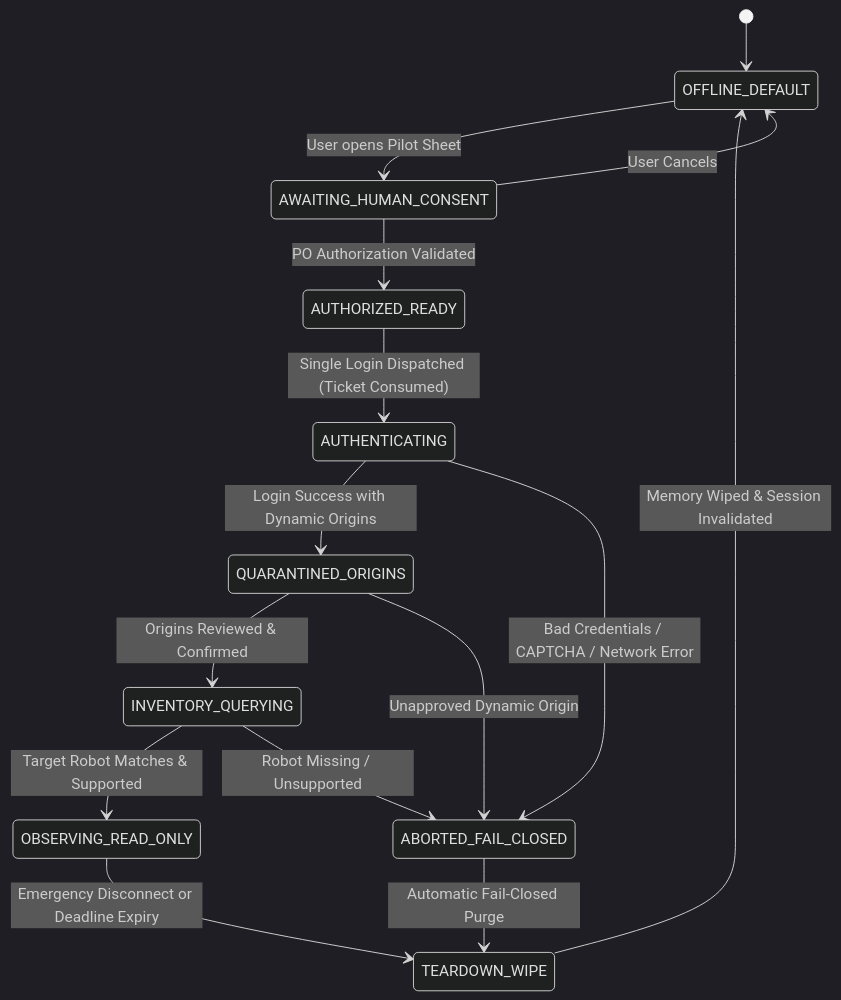
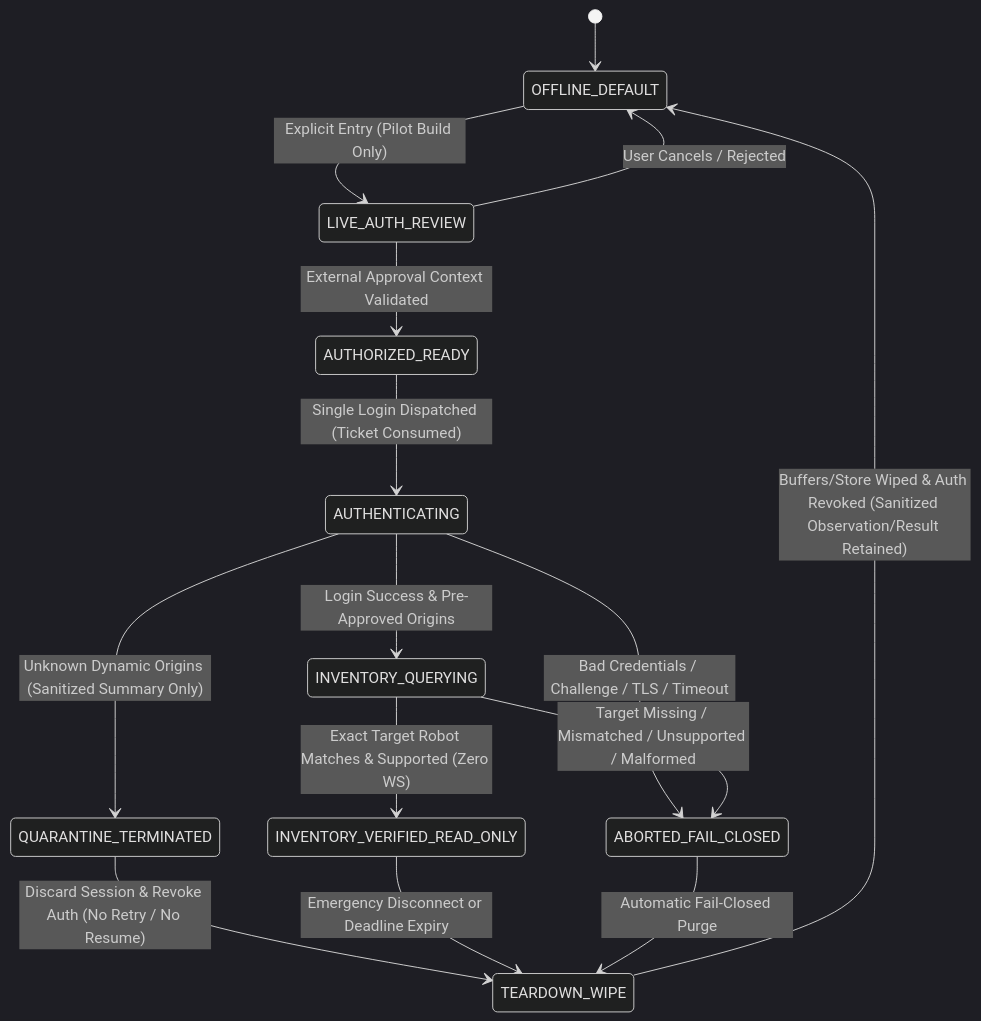
The diagram in specs/changes/FCT-004C/design.md (QuanCters/weback-android), drawn with Mermaid (dark theme) before and after one commit. The commit also changed other lines of this file and 8 other files, not shown here.

````diff
--- a/specs/changes/FCT-004C/design.md
+++ b/specs/changes/FCT-004C/design.md
@@ -13,17 +13,17 @@
 ```mermaid
 stateDiagram-v2
     [*] --> OFFLINE_DEFAULT
-    OFFLINE_DEFAULT --> AWAITING_HUMAN_CONSENT: User opens Pilot Sheet
-    AWAITING_HUMAN_CONSENT --> AUTHORIZED_READY: PO Authorization Validated
-    AWAITING_HUMAN_CONSENT --> OFFLINE_DEFAULT: User Cancels
+    OFFLINE_DEFAULT --> LIVE_AUTH_REVIEW: Explicit Entry (Pilot Build Only)
+    LIVE_AUTH_REVIEW --> AUTHORIZED_READY: External Approval Context Validated
+    LIVE_AUTH_REVIEW --> OFFLINE_DEFAULT: User Cancels / Rejected
     AUTHORIZED_READY --> AUTHENTICATING: Single Login Dispatched (Ticket Consumed)
-    AUTHENTICATING --> QUARANTINED_ORIGINS: Login Success with Dynamic Origins
-    AUTHENTICATING --> ABORTED_FAIL_CLOSED: Bad Credentials / CAPTCHA / Network Error
-    QUARANTINED_ORIGINS --> INVENTORY_QUERYING: Origins Reviewed & Confirmed
-    QUARANTINED_ORIGINS --> ABORTED_FAIL_CLOSED: Unapproved Dynamic Origin
-    INVENTORY_QUERYING --> OBSERVING_READ_ONLY: Target Robot Matches & Supported
-    INVENTORY_QUERYING --> ABORTED_FAIL_CLOSED: Robot Missing / Unsupported
-    OBSERVING_READ_ONLY --> TEARDOWN_WIPE: Emergency Disconnect or Deadline Expiry
+    AUTHENTICATING --> INVENTORY_QUERYING: Login Success & Pre-Approved Origins
+    AUTHENTICATING --> QUARANTINE_TERMINATED: Unknown Dynamic Origins (Sanitized Summary Only)
+    AUTHENTICATING --> ABORTED_FAIL_CLOSED: Bad Credentials / Challenge / TLS / Timeout
+    QUARANTINE_TERMINATED --> TEARDOWN_WIPE: Discard Session & Revoke Auth (No Retry / No Resume)
+    INVENTORY_QUERYING --> INVENTORY_VERIFIED_READ_ONLY: Exact Target Robot Matches & Supported (Zero WS)
+    INVENTORY_QUERYING --> ABORTED_FAIL_CLOSED: Target Missing / Mismatched / Unsupported / Malformed
+    INVENTORY_VERIFIED_READ_ONLY --> TEARDOWN_WIPE: Emergency Disconnect or Deadline Expiry
     ABORTED_FAIL_CLOSED --> TEARDOWN_WIPE: Automatic Fail-Closed Purge
-    TEARDOWN_WIPE --> OFFLINE_DEFAULT: Memory Wiped & Session Invalidated
+    TEARDOWN_WIPE --> OFFLINE_DEFAULT: Buffers/Store Wiped & Auth Revoked (Sanitized Observation/Result Retained)
 ```
````
